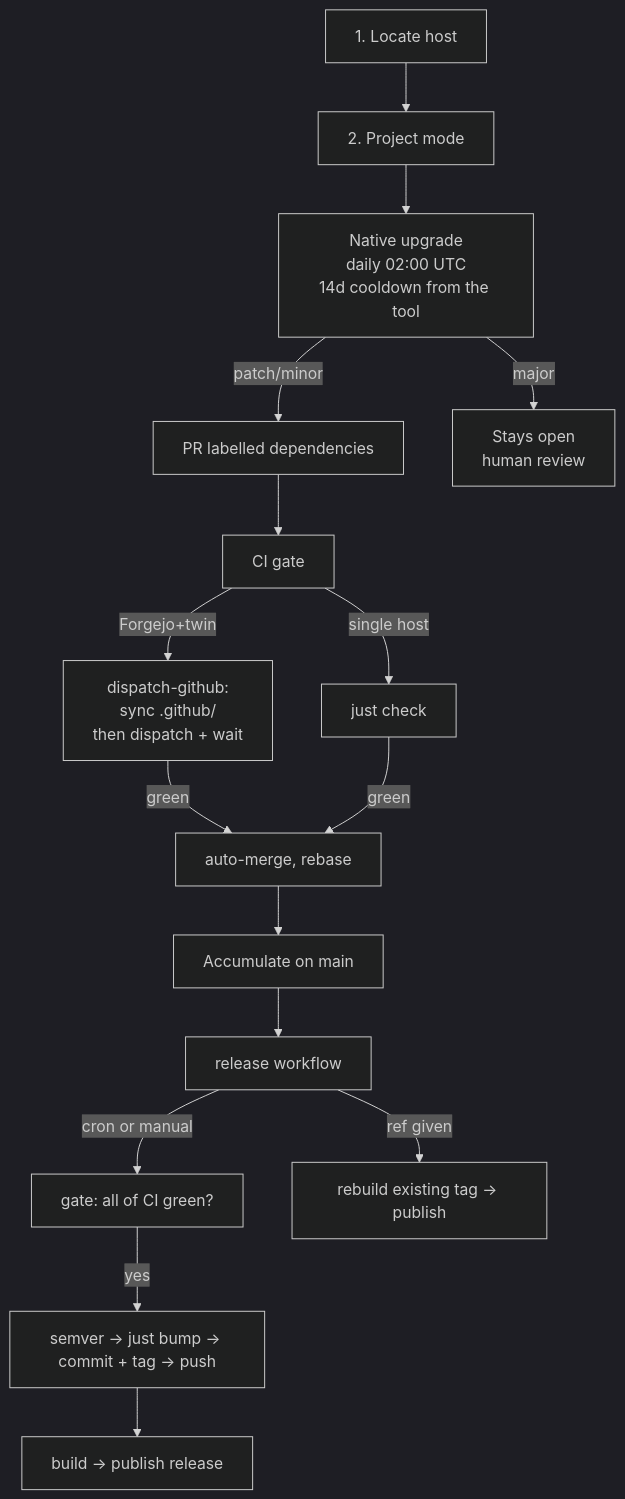
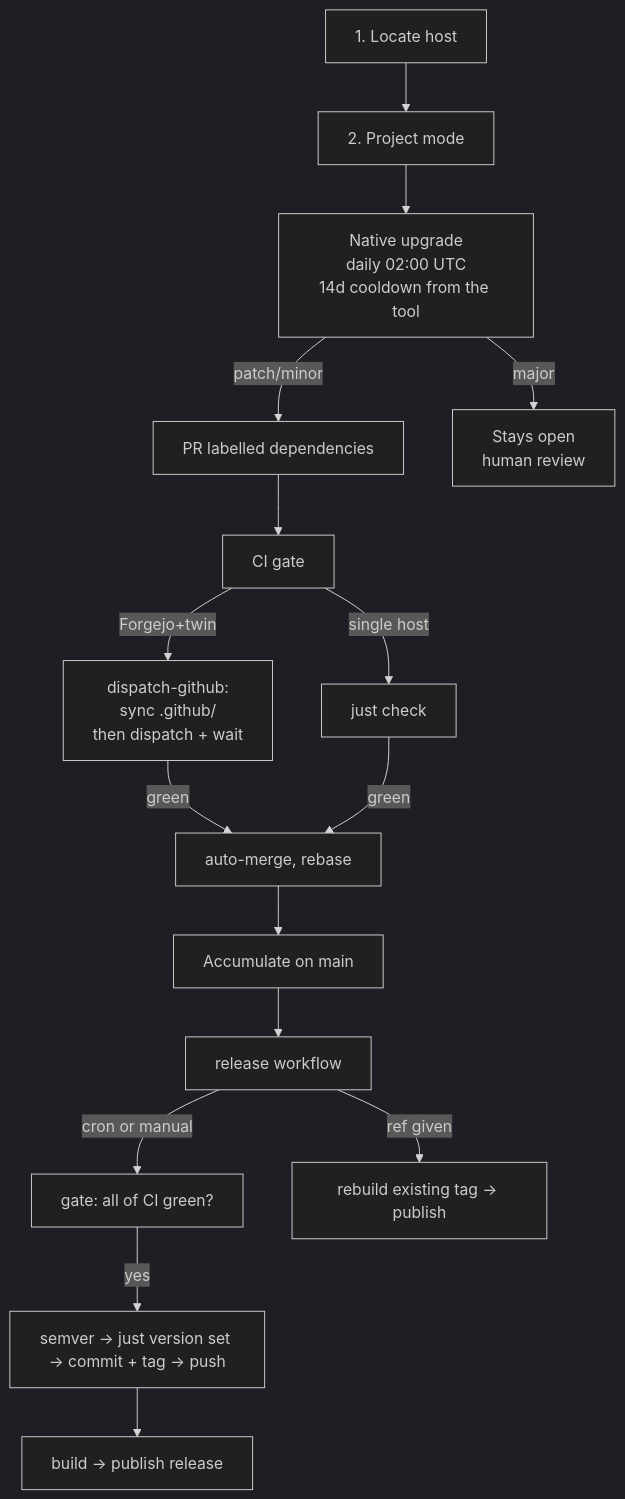
The diagram in dot_agents/skills/autonomous-upgrade/SKILL.md (Delnegend/dotfiles), drawn with Mermaid (dark theme) before and after one commit. The commit also changed other lines of this file and 3 other files, not shown here.

First line of the commit message:
docs(skills): standardize version contract to just version get/set

````diff
--- a/dot_agents/skills/autonomous-upgrade/SKILL.md
+++ b/dot_agents/skills/autonomous-upgrade/SKILL.md
@@ -35,18 +35,18 @@
 ```mermaid
 flowchart TD
     Z[1. Locate host] --> Y[2. Project mode]
     Y --> A[Native upgrade<br/>daily 02:00 UTC<br/>14d cooldown from the tool]
     A -->|patch/minor| B[PR labelled dependencies]
     A -->|major| C[Stays open<br/>human review]
     B --> D[CI gate]
     D -->|Forgejo+twin| D2[dispatch-github:<br/>sync .github/<br/>then dispatch + wait]
     D -->|single host| D3[just check]
     D2 -->|green| E[auto-merge, rebase]
     D3 -->|green| E
     E --> F[Accumulate on main]
     F --> G[release workflow]
     G -->|cron or manual| H[gate: all of CI green?]
-    H -->|yes| H2[semver -> just bump -> commit + tag -> push]
+    H -->|yes| H2[semver -> just version set -> commit + tag -> push]
     H2 --> I[build -> publish release]
     G -->|ref given| I2[rebuild existing tag -> publish]
 ```
````
